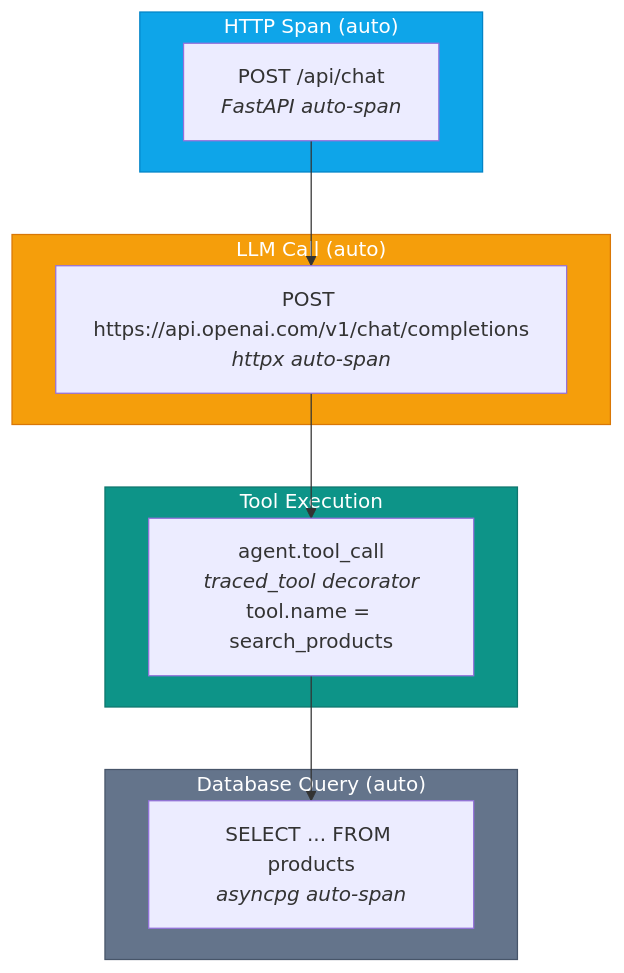
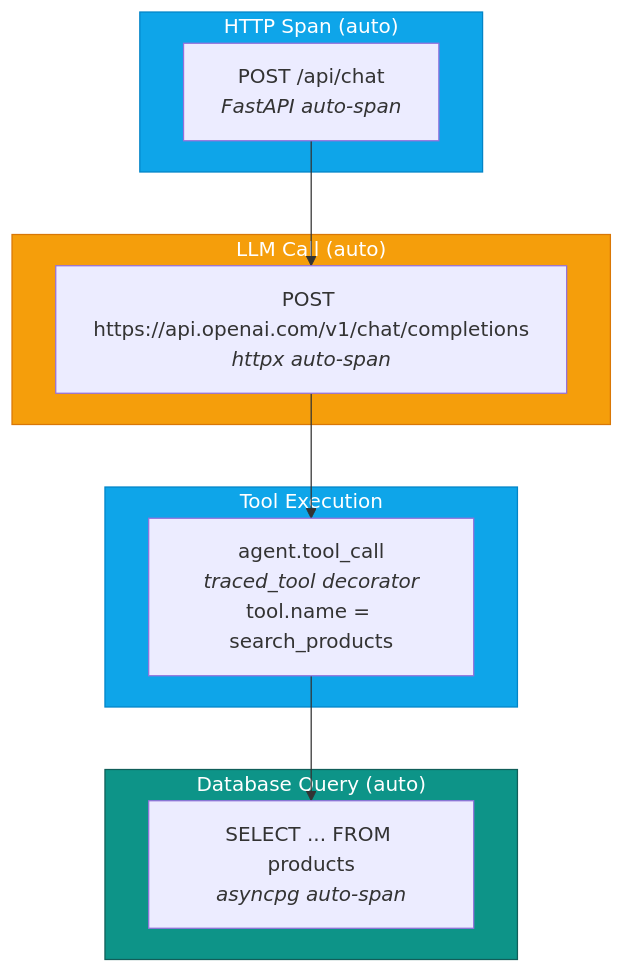
The second of 3 diagrams in docs/telemetry.md (nitin27may/e-commerce-agents), drawn with Mermaid before and after one commit. The commit also changed other lines of this file and 7 other files, not shown here.

````diff
--- a/docs/telemetry.md
+++ b/docs/telemetry.md
@@ -63,26 +63,26 @@
 ```mermaid
 graph TD
     subgraph HTTP["HTTP Span (auto)"]
         style HTTP fill:#0ea5e9,stroke:#0284c7,color:#fff
         A["POST /api/chat<br/><i>FastAPI auto-span</i>"]
     end
 
     subgraph LLM["LLM Call (auto)"]
         style LLM fill:#f59e0b,stroke:#d97706,color:#fff
         B["POST https://api.openai.com/v1/chat/completions<br/><i>httpx auto-span</i>"]
     end
 
     subgraph Tool["Tool Execution"]
-        style Tool fill:#0d9488,stroke:#0f766e,color:#fff
+        style Tool fill:#0ea5e9,stroke:#0284c7,color:#fff
         C["agent.tool_call<br/><i>traced_tool decorator</i><br/>tool.name = search_products"]
     end
 
     subgraph DB["Database Query (auto)"]
-        style DB fill:#64748b,stroke:#475569,color:#fff
+        style DB fill:#0d9488,stroke:#115e59,color:#fff
         D["SELECT ... FROM products<br/><i>asyncpg auto-span</i>"]
     end
 
     A --> B
     B --> C
     C --> D
 ```
````
